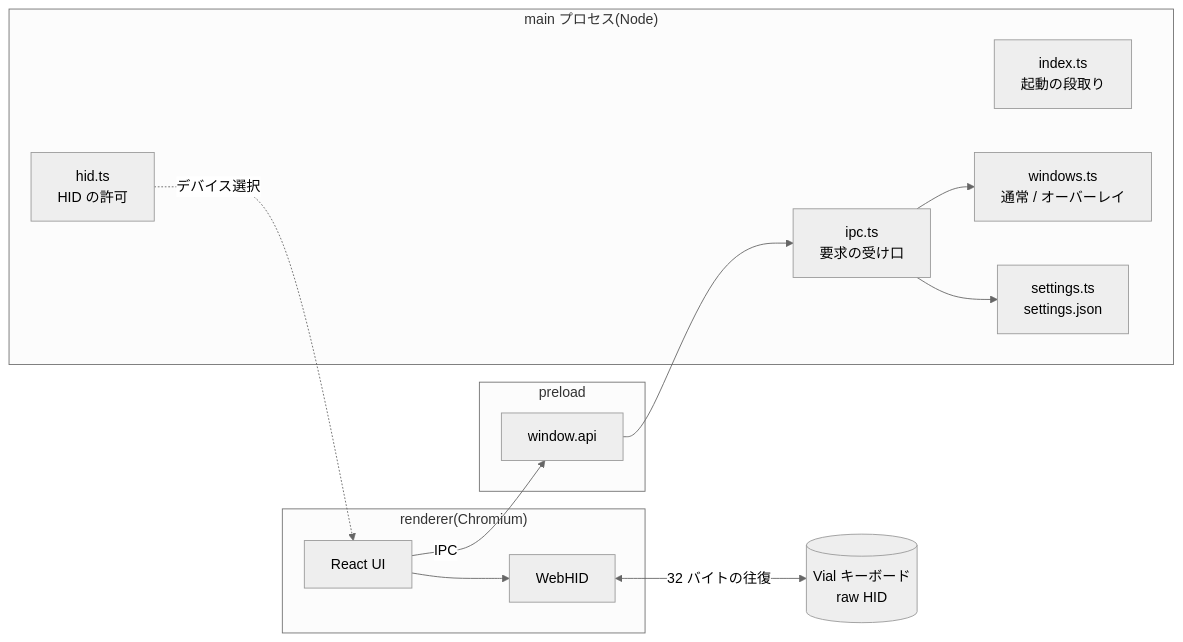
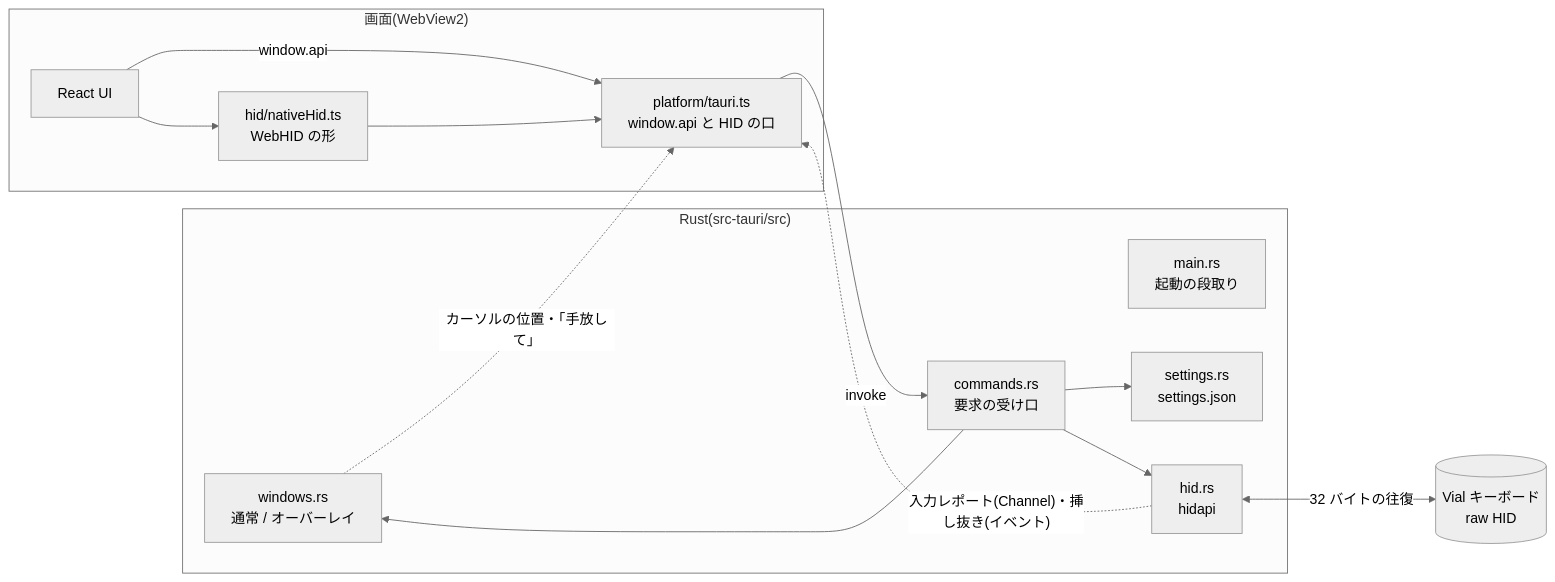
Before and after one commit to masacchi/live-keymap-viewer: the first of 4 diagrams in docs/ARCHITECTURE.md, drawn with Mermaid (neutral theme). The commit also changed other lines of this file and 5 other files, not shown here.

````diff
--- a/docs/ARCHITECTURE.md
+++ b/docs/ARCHITECTURE.md
@@ -20,24 +22,23 @@
 ```mermaid
 flowchart LR
-  subgraph main["main プロセス(Node)"]
-    idx[index.ts<br/>起動の段取り]
-    win[windows.ts<br/>通常 / オーバーレイ]
-    hid[hid.ts<br/>HID の許可]
-    ipc[ipc.ts<br/>要求の受け口]
-    set[settings.ts<br/>settings.json]
+  subgraph rust["Rust(src-tauri/src)"]
+    main[main.rs<br/>起動の段取り]
+    win[windows.rs<br/>通常 / オーバーレイ]
+    hid[hid.rs<br/>hidapi]
+    cmd[commands.rs<br/>要求の受け口]
+    set[settings.rs<br/>settings.json]
   end
-  subgraph preload["preload"]
-    api[window.api]
-  end
-  subgraph renderer["renderer(Chromium)"]
+  subgraph webview["画面(WebView2)"]
+    plat[platform/tauri.ts<br/>window.api と HID の口]
     ui[React UI]
-    webhid[WebHID]
+    native[hid/nativeHid.ts<br/>WebHID の形]
   end
   kb[(Vial キーボード<br/>raw HID)]
 
-  ui -- IPC --> api --> ipc
-  ipc --> win & set
-  hid -. デバイス選択 .-> ui
-  webhid <-- 32 バイトの往復 --> kb
-  ui --> webhid
+  ui -- window.api --> plat -- invoke --> cmd
+  cmd --> win & set & hid
+  ui --> native --> plat
+  hid <-- 32 バイトの往復 --> kb
+  hid -. 入力レポート(Channel)・挿し抜き(イベント) .-> plat
+  win -. カーソルの位置・「手放して」 .-> plat
 ```
````
